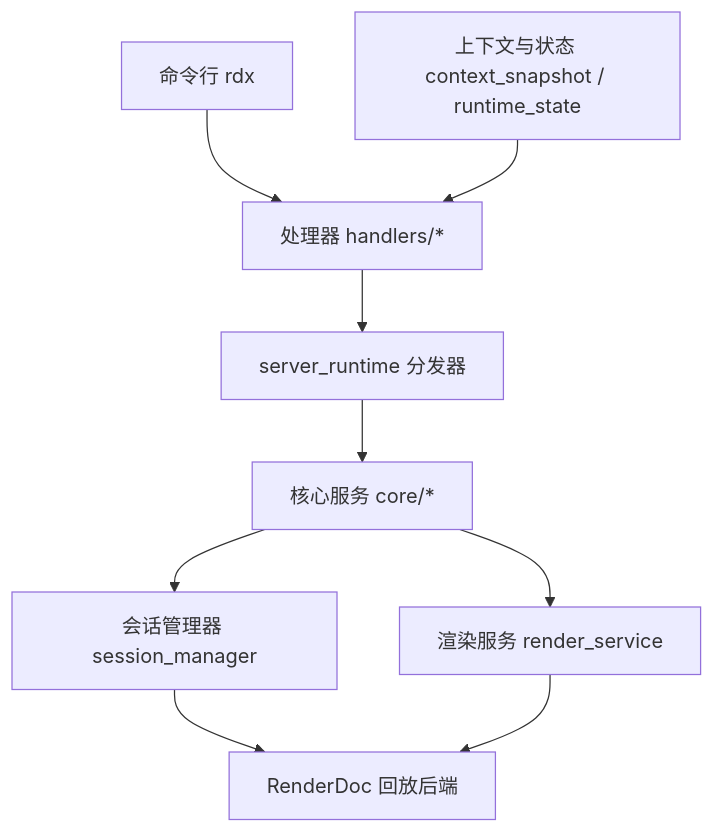
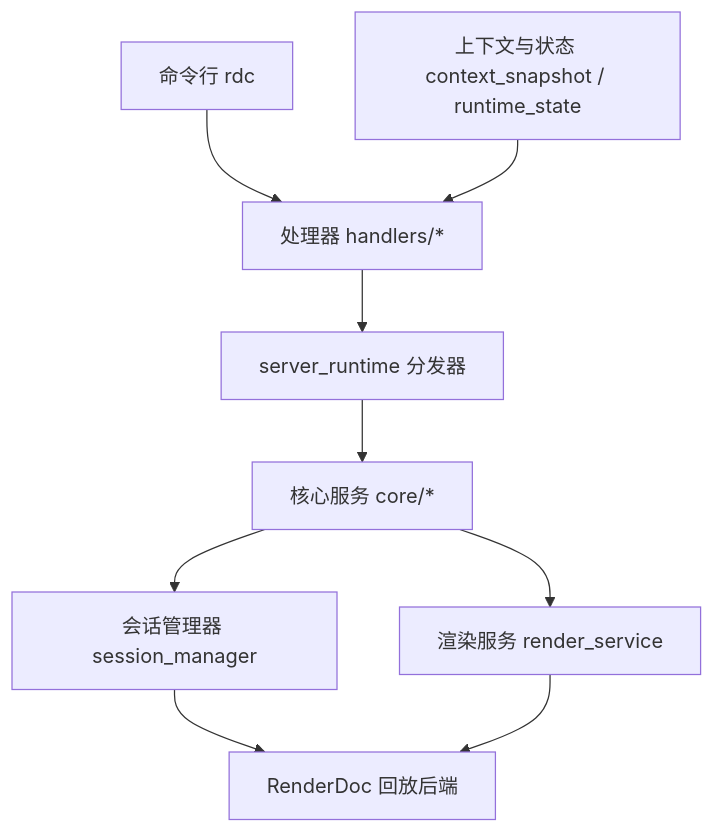
The first of 9 diagrams in .qoder/repowiki/zh/content/核心概念/核心概念.md (haolange/RDC-Tool), drawn with Mermaid before and after one commit. The commit also changed other lines of this file and 388 other files, not shown here.

````diff
--- a/.qoder/repowiki/zh/content/核心概念/核心概念.md
+++ b/.qoder/repowiki/zh/content/核心概念/核心概念.md
@@ -43,11 +43,11 @@
 ```mermaid
 graph TB
-CLI["命令行 rdx"] --> Handlers["处理器 handlers/*"]
+CLI["命令行 rdc"] --> Handlers["处理器 handlers/*"]
 Handlers --> ServerRuntime["server_runtime 分发器"]
 ServerRuntime --> Core["核心服务 core/*"]
 Core --> SessionMgr["会话管理器 session_manager"]
 Core --> RenderSvc["渲染服务 render_service"]
 SessionMgr --> RD["RenderDoc 回放后端"]
 RenderSvc --> RD
 State["上下文与状态 context_snapshot / runtime_state"] --> Handlers
 ```
````
